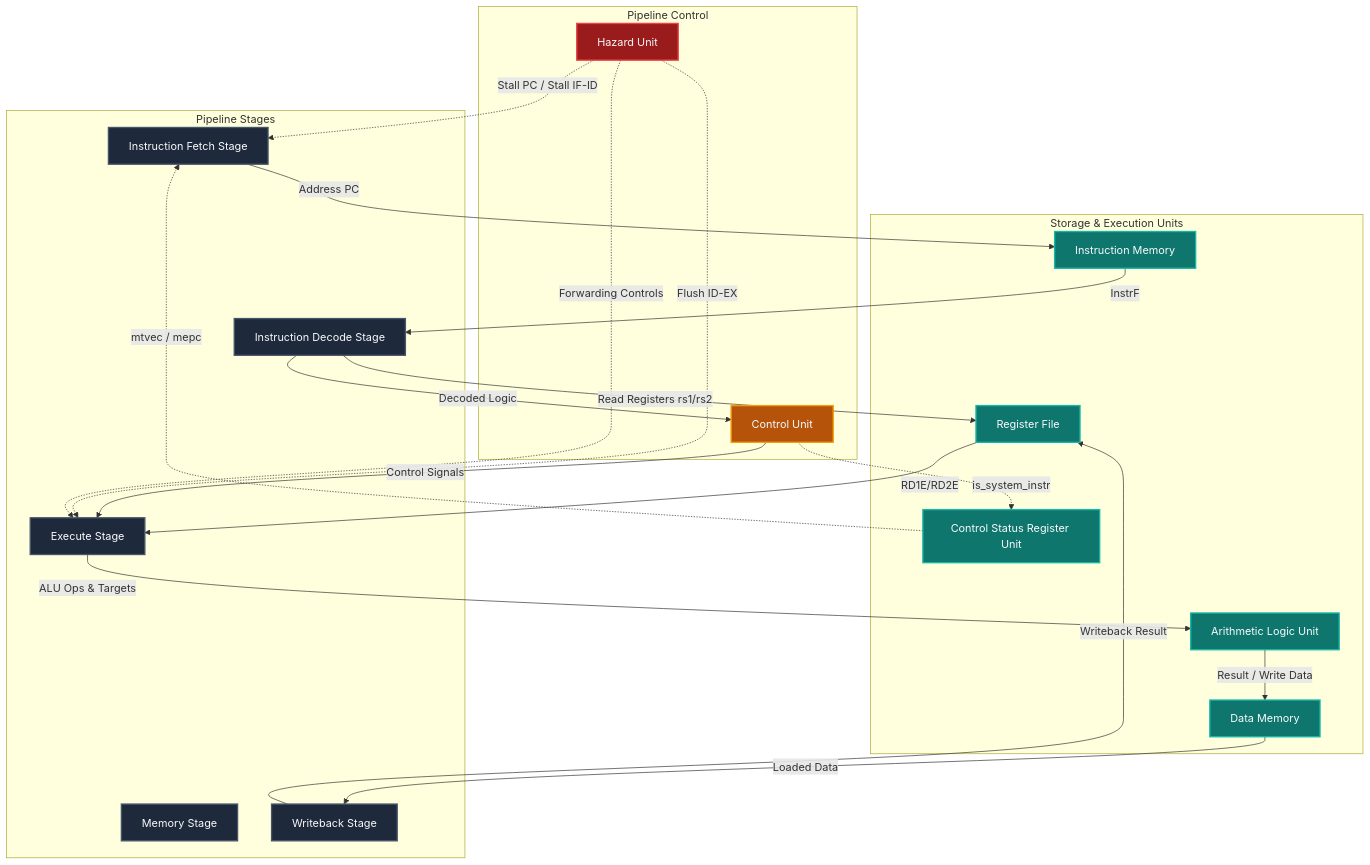
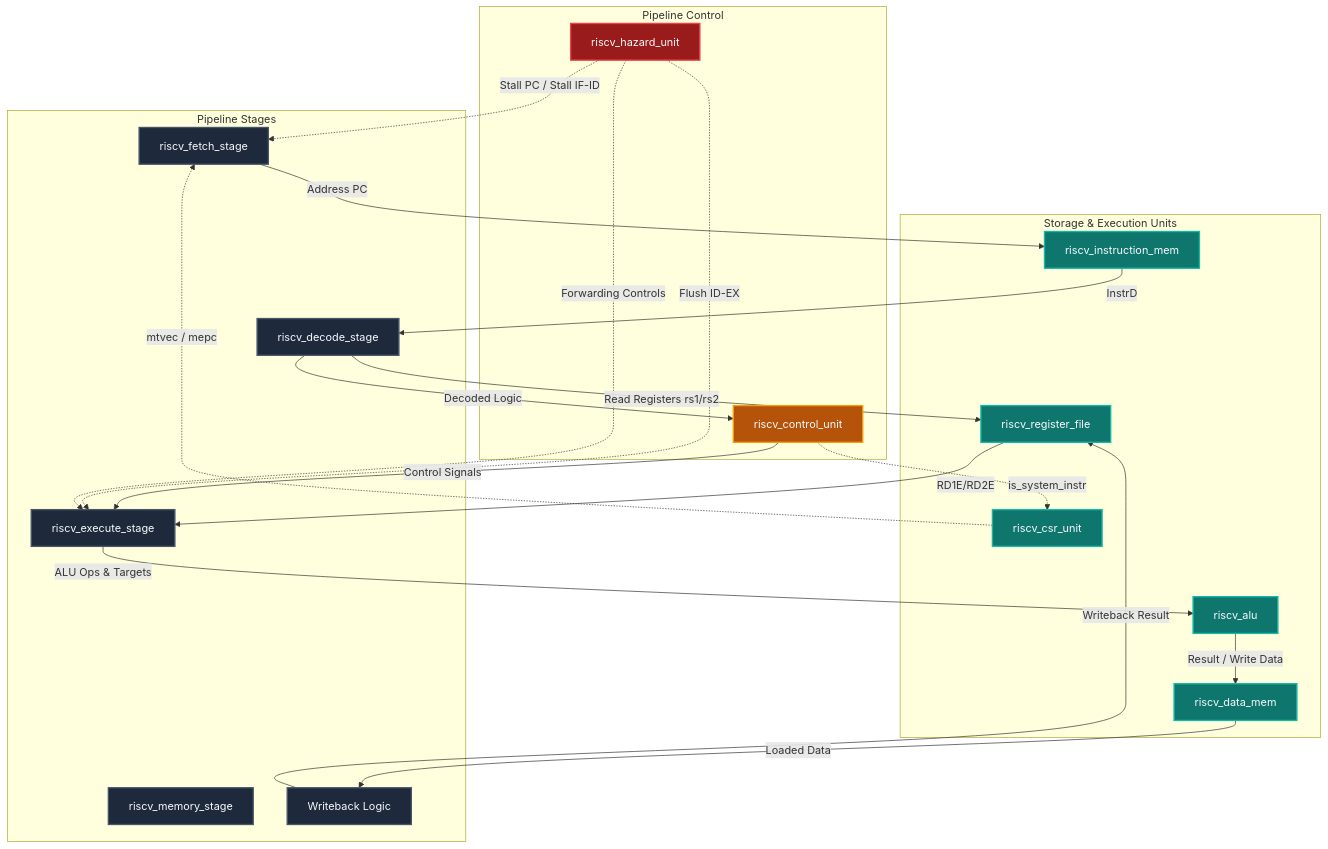
Before and after one commit to abdoAhmed704/RISCV-MicroKernel-Architecture: the diagram in README.md, drawn with Mermaid. The commit also changed other lines of this file and 91 other files, not shown here.

````diff
--- a/README.md
+++ b/README.md
@@ -32,50 +32,50 @@
 ```mermaid
 graph TD
     %% Styling Definitions %%
     classDef stage fill:#1e293b,stroke:#475569,stroke-width:2px,color:#f8fafc;
     classDef mem fill:#0f766e,stroke:#14b8a6,stroke-width:2px,color:#f8fafc;
     classDef ctrl fill:#b45309,stroke:#f59e0b,stroke-width:2px,color:#f8fafc;
     classDef haz fill:#991b1b,stroke:#ef4444,stroke-width:2px,color:#f8fafc;
 
     subgraph Pipeline Stages
-        IF[Instruction Fetch Stage]:::stage
-        ID[Instruction Decode Stage]:::stage
-        EX[Execute Stage]:::stage
-        MEM[Memory Stage]:::stage
-        WB[Writeback Stage]:::stage
+        IF[riscv_fetch_stage]:::stage
+        ID[riscv_decode_stage]:::stage
+        EX[riscv_execute_stage]:::stage
+        MEM[riscv_memory_stage]:::stage
+        WB[Writeback Logic]:::stage
     end
 
     subgraph Storage & Execution Units
-        IMEM[Instruction Memory]:::mem
-        RF[Register File]:::mem
-        ALU[Arithmetic Logic Unit]:::mem
-        DMEM[Data Memory]:::mem
-        CSR[Control Status Register Unit]:::mem
+        IMEM[riscv_instruction_mem]:::mem
+        RF[riscv_register_file]:::mem
+        ALU[riscv_alu]:::mem
+        DMEM[riscv_data_mem]:::mem
+        CSR[riscv_csr_unit]:::mem
     end
 
     subgraph Pipeline Control
-        CU[Control Unit]:::ctrl
-        HU[Hazard Unit]:::haz
+        CU[riscv_control_unit]:::ctrl
+        HU[riscv_hazard_unit]:::haz
     end
 
     %% Interconnection Logic %%
     IF -->|Address PC| IMEM
-    IMEM -->|InstrF| ID
+    IMEM -->|InstrD| ID
     ID -->|Read Registers rs1/rs2| RF
     ID -->|Decoded Logic| CU
     CU -->|Control Signals| EX
     RF -->|RD1E/RD2E| EX
     EX -->|ALU Ops & Targets| ALU
     ALU -->|Result / Write Data| DMEM
     DMEM -->|Loaded Data| WB
     WB -->|Writeback Result| RF
     
     %% CSR Connections %%
     CU -.->|is_system_instr| CSR
     CSR -.->|mtvec / mepc| IF
 
     %% Hazard Feedback Paths %%
     HU -.->|Stall PC / Stall IF-ID| IF
     HU -.->|Flush ID-EX| EX
     HU -.->|Forwarding Controls| EX
 ```
````
